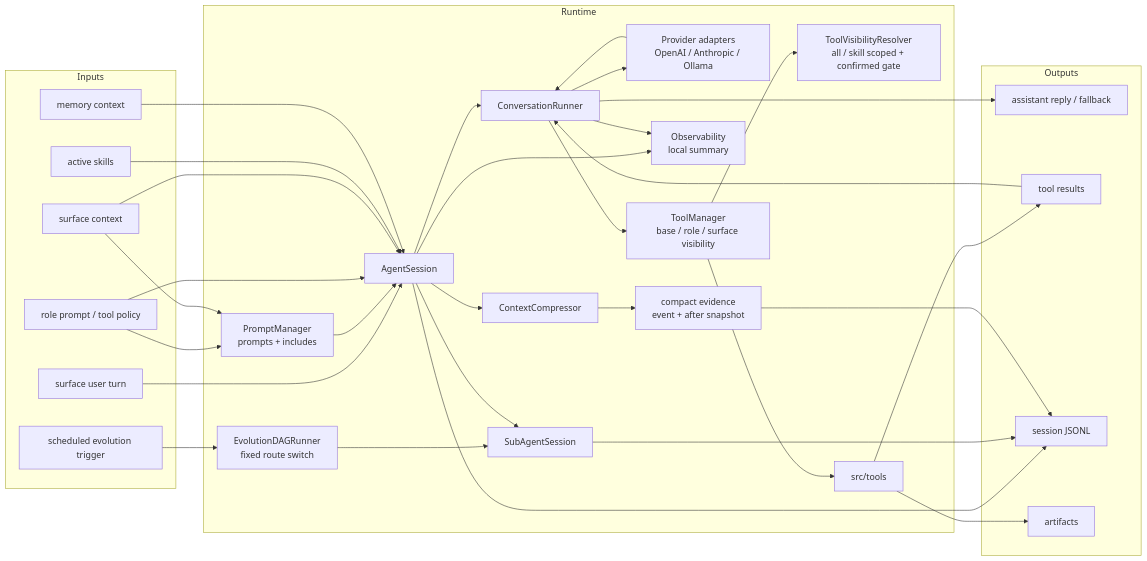
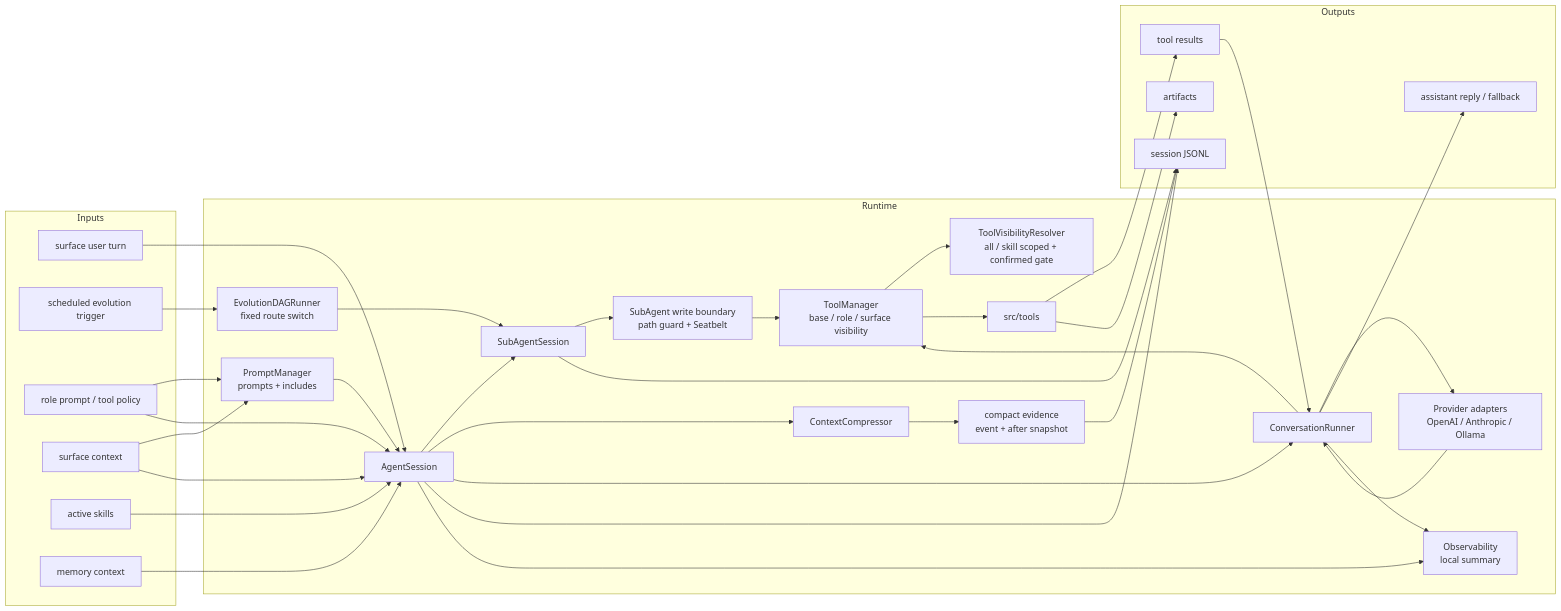
One commit to fightheyyy/XiaoBa-CLI changed the first of 2 diagrams in docs/agent-runtime/SPEC.md. Above: the diagram before and after it, drawn with Mermaid. The commit also changed other lines of this file and 24 other files, not shown here.

````diff
--- a/docs/agent-runtime/SPEC.md
+++ b/docs/agent-runtime/SPEC.md
@@ -49,62 +51,65 @@
 ```mermaid
 flowchart LR
     subgraph Inputs["Inputs"]
         SurfaceTurn["surface user turn"]
         EvolutionTrigger["scheduled evolution trigger"]
         RolePolicy["role prompt / tool policy"]
         SurfaceContext["surface context"]
         SkillPolicy["active skills"]
         Memory["memory context"]
     end
 
     subgraph Runtime["Runtime"]
         Session["AgentSession"]
         Subagent["SubAgentSession"]
         PromptManager["PromptManager<br/>prompts + includes"]
         Compressor["ContextCompressor"]
         Runner["ConversationRunner"]
         Provider["Provider adapters<br/>OpenAI / Anthropic / Ollama"]
         ToolManager["ToolManager<br/>base / role / surface visibility"]
         Visibility["ToolVisibilityResolver<br/>all / skill scoped + confirmed gate"]
         Tools["src/tools"]
         Observability["Observability<br/>local summary"]
         CompactEvidence["compact evidence<br/>event + after snapshot"]
         EvolutionDAG["EvolutionDAGRunner<br/>fixed route switch"]
+        WriteBoundary["SubAgent write boundary<br/>path guard + Seatbelt"]
     end
 
     subgraph Outputs["Outputs"]
         Reply["assistant reply / fallback"]
         ToolResults["tool results"]
         SessionLog["session JSONL"]
         Artifacts["artifacts"]
     end
 
     SurfaceTurn --> Session
     EvolutionTrigger --> EvolutionDAG
     EvolutionDAG --> Subagent
     Session --> Subagent
+    Subagent --> WriteBoundary
+    WriteBoundary --> ToolManager
     RolePolicy --> PromptManager
     SurfaceContext --> PromptManager
     PromptManager --> Session
     RolePolicy --> Session
     SurfaceContext --> Session
     SkillPolicy --> Session
     Memory --> Session
     Session --> Compressor
     Compressor --> CompactEvidence
     Session --> Runner
     Runner --> Provider
     Provider --> Runner
     Runner --> ToolManager
     ToolManager --> Visibility
     ToolManager --> Tools
     Tools --> ToolResults
     ToolResults --> Runner
     Runner --> Reply
     Session --> SessionLog
     Subagent --> SessionLog
     Tools --> Artifacts
     Session --> Observability
     Runner --> Observability
     CompactEvidence --> SessionLog
 ```
````
